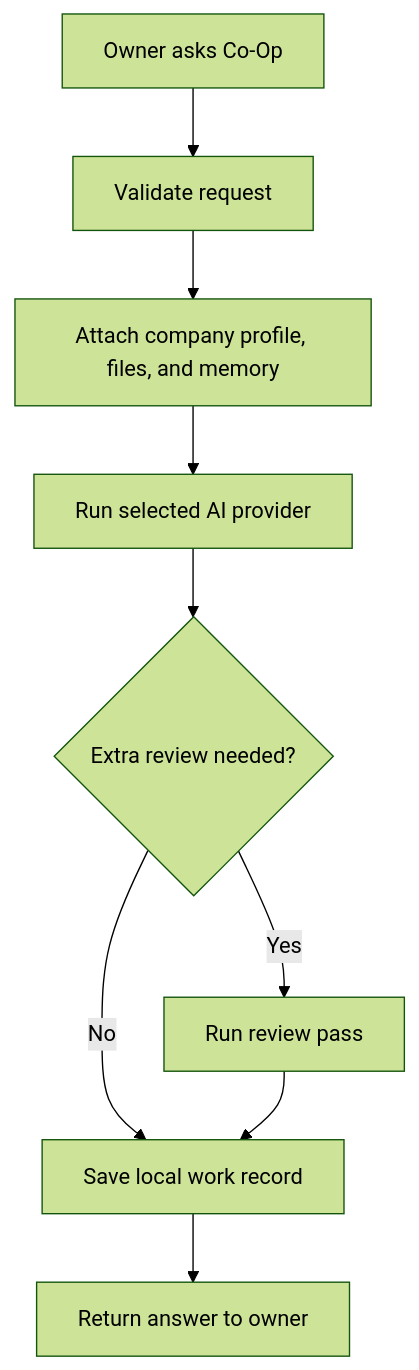
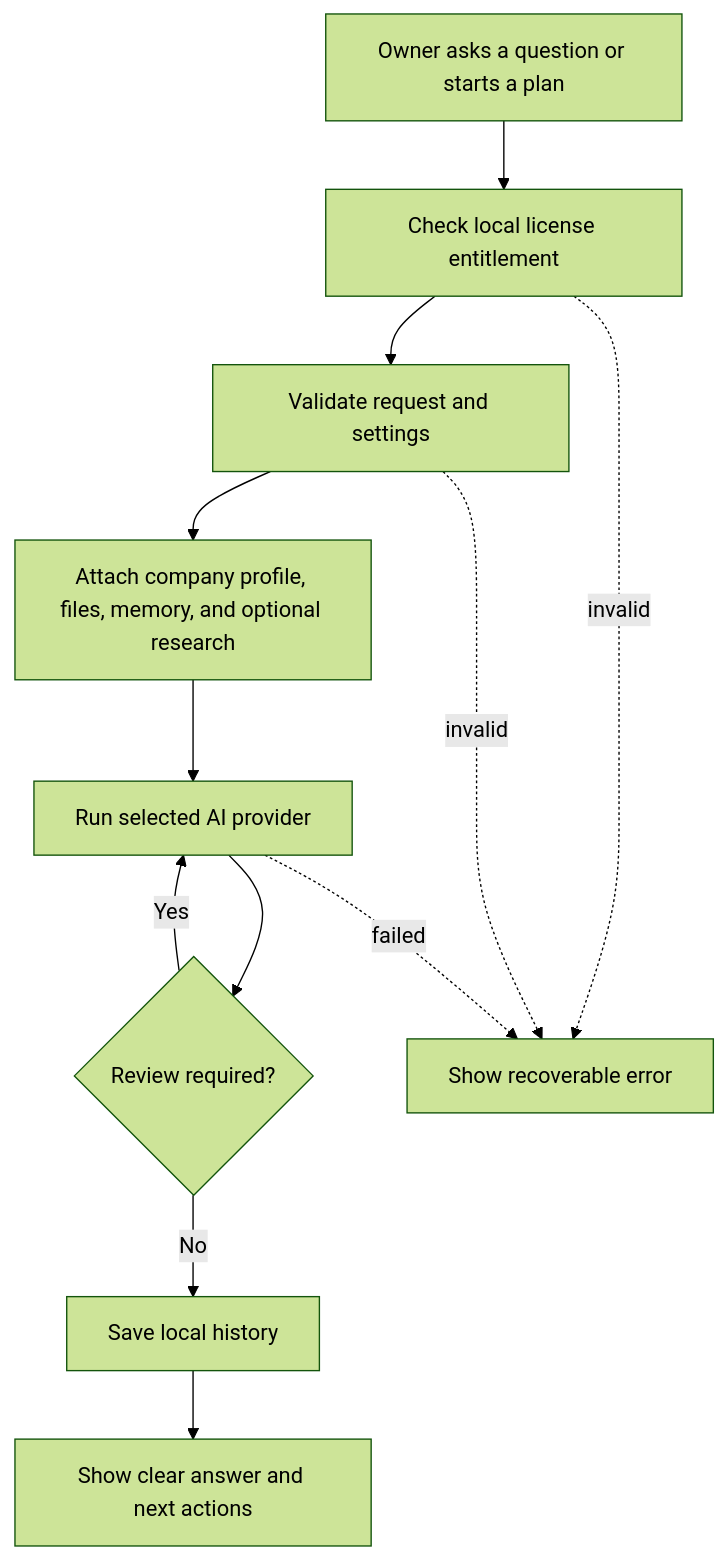
One commit to Afnanksalal/co-op changed the diagram in docs/AGENT_ORCHESTRATION.md. Above: the diagram before and after it, drawn with Mermaid (forest theme). The commit also changed other lines of this file and 44 other files, not shown here.

````diff
--- a/docs/AGENT_ORCHESTRATION.md
+++ b/docs/AGENT_ORCHESTRATION.md
@@ -7,11 +22,24 @@
 ```mermaid
 flowchart TD
-  Request["Owner asks Co-Op"] --> Validate["Validate request"]
-  Validate --> Context["Attach company profile, files, and memory"]
-  Context --> Primary["Run selected AI provider"]
-  Primary --> Risk{"Extra review needed?"}
-  Risk -- "No" --> Save["Save local work record"]
-  Risk -- "Yes" --> Review["Run review pass"]
-  Review --> Save
-  Save --> Result["Return answer to owner"]
+  Ask["Owner asks a question or starts a plan"]
+  License["Check local license entitlement"]
+  Validate["Validate request and settings"]
+  Context["Attach company profile, files, memory, and optional research"]
+  Provider["Run selected AI provider"]
+  Review{"Review required?"}
+  Save["Save local history"]
+  Result["Show clear answer and next actions"]
+  Error["Show recoverable error"]
+
+  Ask --> License
+  License --> Validate
+  Validate --> Context
+  Context --> Provider
+  Provider --> Review
+  Review -- "No" --> Save
+  Review -- "Yes" --> Provider
+  Save --> Result
+  License -. "invalid" .-> Error
+  Validate -. "invalid" .-> Error
+  Provider -. "failed" .-> Error
 ```
````
